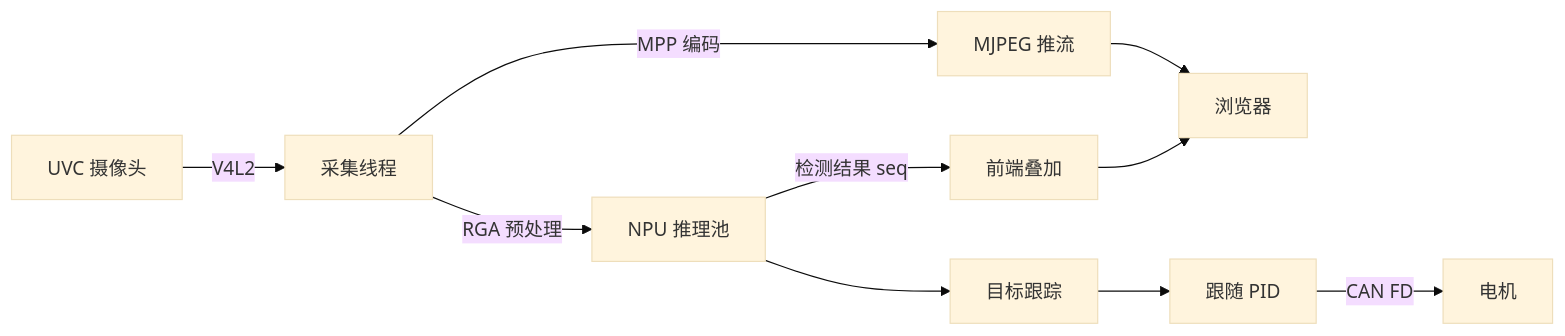
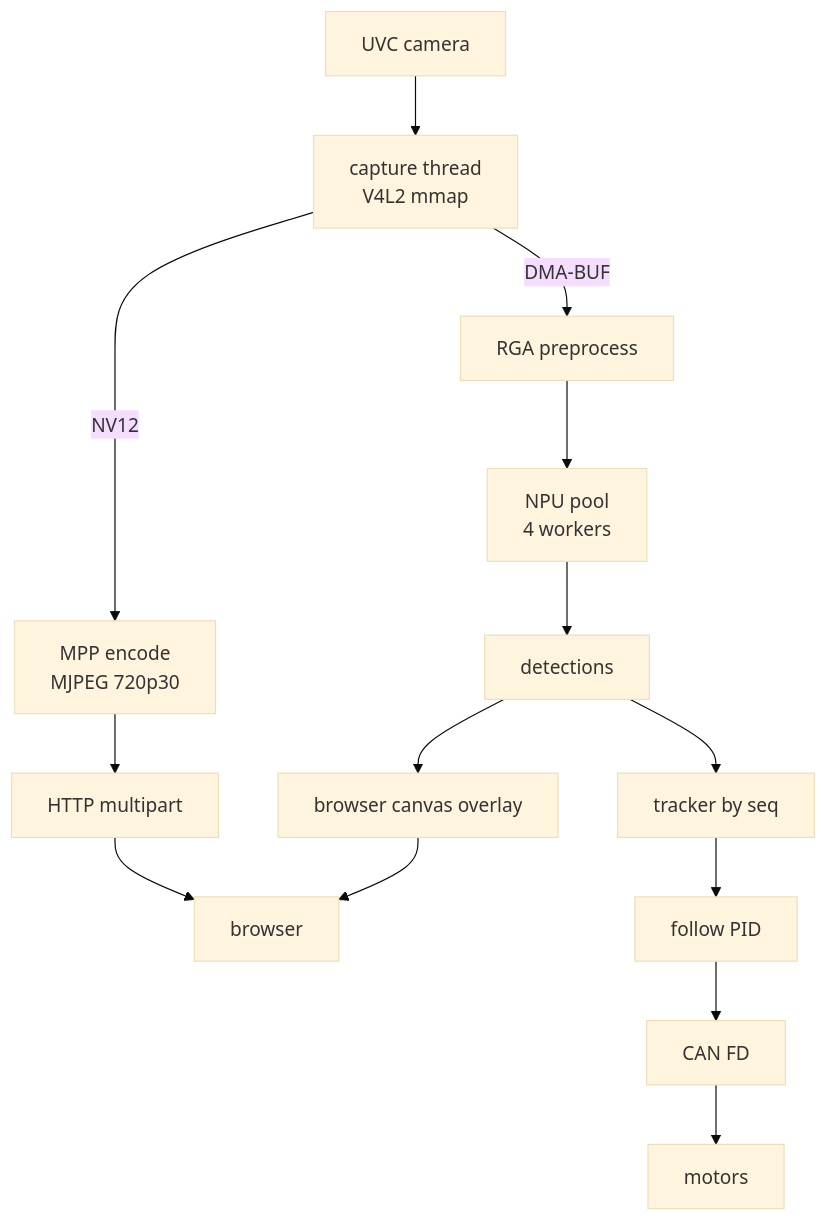
The eighth of 8 diagrams in README.md (qianruo-orange/autonomous-driving-car), drawn with Mermaid (base theme) before and after one commit. The commit also changed other lines of this file, not shown here.

Commit message:
docs: restore module flow diagrams and richer markdown structure

````diff
--- a/README.md
+++ b/README.md
@@ -164,12 +373,16 @@
 ```mermaid
-flowchart LR
-    CAM[UVC 摄像头] -->|V4L2| CAP[采集线程]
-    CAP -->|RGA 预处理| NPU[NPU 推理池]
-    CAP -->|MPP 编码| MJ[MJPEG 推流]
-    NPU -->|检测结果 seq| OVL[前端叠加]
-    MJ --> BR[浏览器]
-    OVL --> BR
-    NPU --> TRK[目标跟踪]
-    TRK --> PID[跟随 PID]
-    PID -->|CAN FD| MOTOR[电机]
+flowchart TB
+    CAM[UVC camera] --> CAP[capture thread<br/>V4L2 mmap]
+    CAP -->|DMA-BUF| RGA[RGA preprocess]
+    RGA --> POOL[NPU pool<br/>4 workers]
+    POOL --> DET[detections]
+    CAP -->|NV12| MPP[MPP encode<br/>MJPEG 720p30]
+    MPP --> HTTP[HTTP multipart]
+    DET --> OVL[browser canvas overlay]
+    HTTP --> BROWSER[browser]
+    OVL --> BROWSER
+    DET --> TRK[tracker by seq]
+    TRK --> PID[follow PID]
+    PID --> CAN[CAN FD]
+    CAN --> MOTOR[motors]
 ```
````
